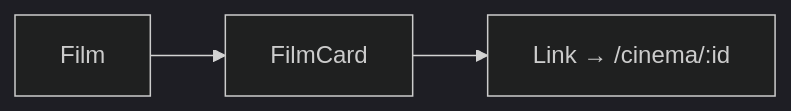
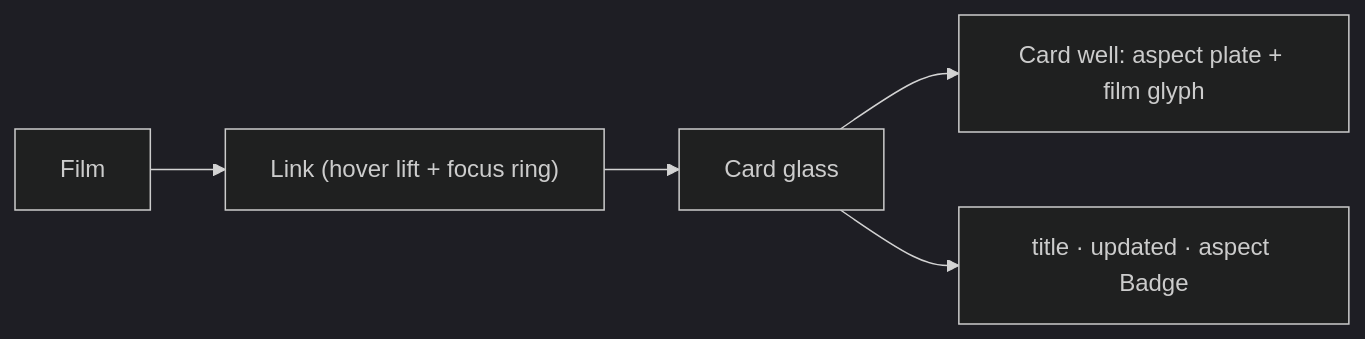
The diagram in apps/web/src/modules/Cinema/components/FilmCard.tsx.md (AzamatRaimbekov2/openCreate), drawn with Mermaid (dark theme) before and after one commit. The commit also changed other lines of this file and 56 other files, not shown here.

````diff
--- a/apps/web/src/modules/Cinema/components/FilmCard.tsx.md
+++ b/apps/web/src/modules/Cinema/components/FilmCard.tsx.md
@@ -26,4 +28,7 @@
 ```mermaid
 flowchart LR
-  F[Film] --> C[FilmCard] --> L[Link → /cinema/:id]
+  F[Film] --> L["Link (hover lift + focus ring)"]
+  L --> C["Card glass"]
+  C --> P["Card well: aspect plate + film glyph"]
+  C --> M[title · updated · aspect Badge]
 ```
````
